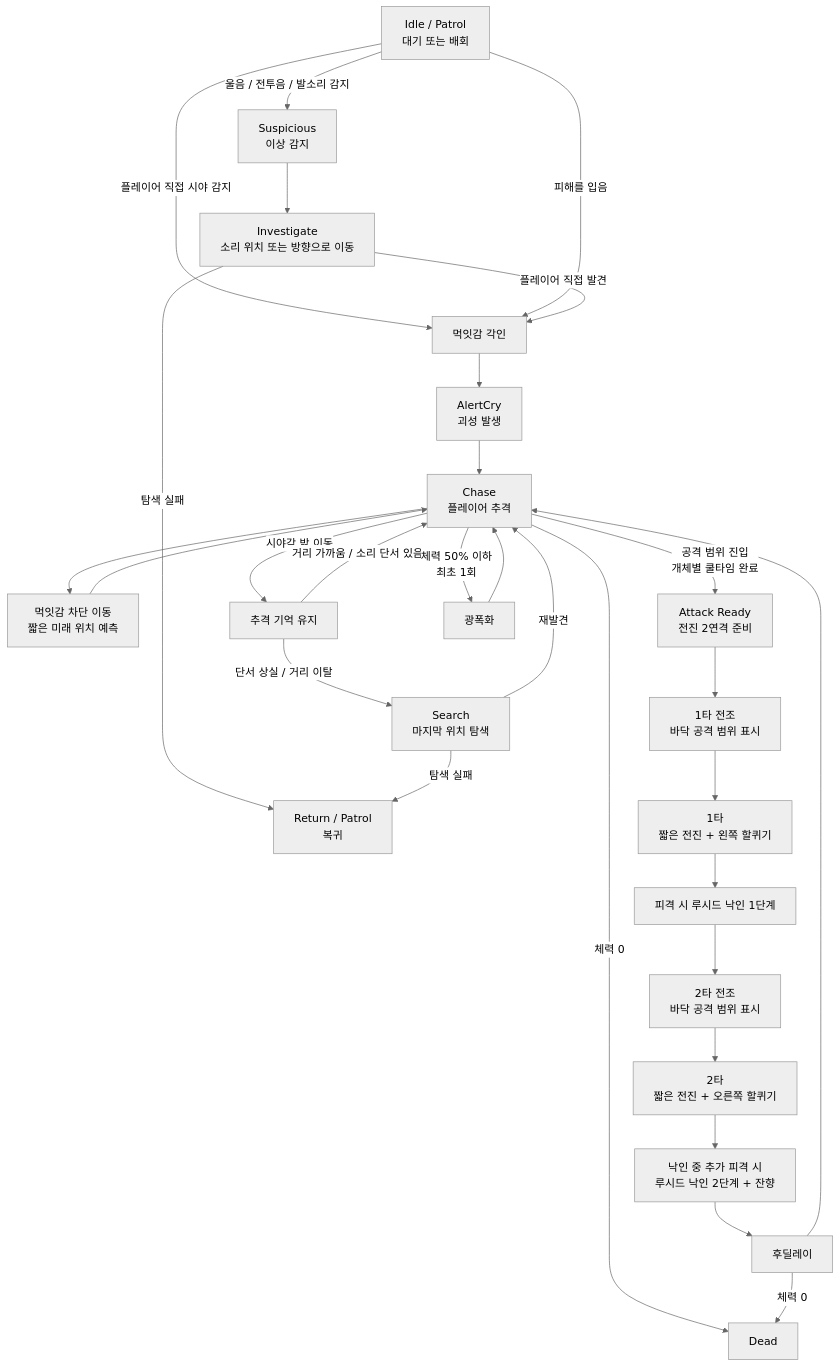
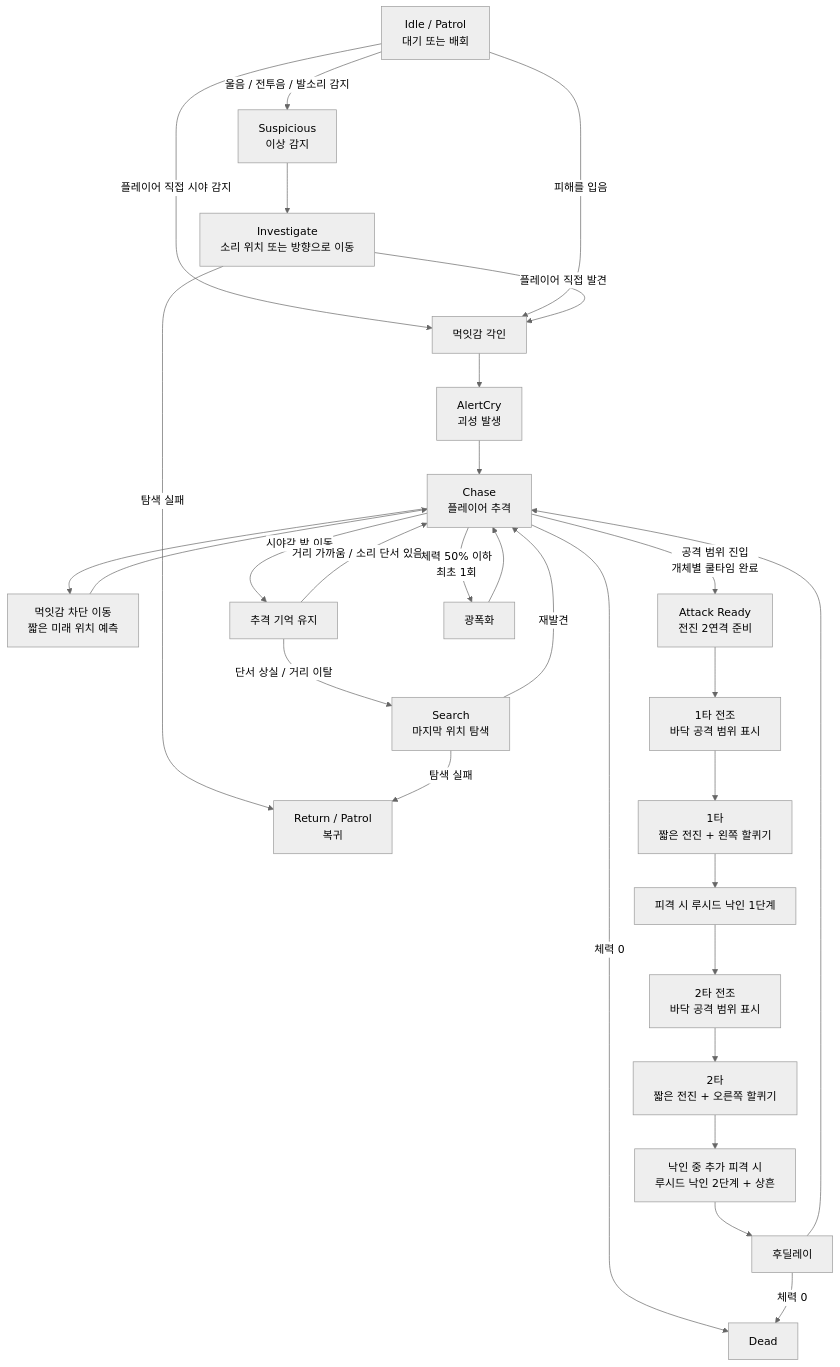
Before and after one commit to Jin-o12/Document_LucidDiver: the diagram in LucidDiver_Document/검수/P0.5_꿈식자_에너미_AI_및_컨셉_기획서_v1.0.0.md, drawn with Mermaid (neutral theme). The commit also changed other lines of this file and 1 other file, not shown here.

Commit message:
docs: 루시드 잔향을 루시드 상흔으로 콘셉트 명칭 변경 및 기획서 수치 갱신

````diff
--- a/LucidDiver_Document/검수/P0.5_꿈식자_에너미_AI_및_컨셉_기획서_v1.0.0.md
+++ b/LucidDiver_Document/검수/P0.5_꿈식자_에너미_AI_및_컨셉_기획서_v1.0.0.md
@@ -47,38 +47,38 @@
 ```mermaid
 flowchart TD
     Idle[Idle / Patrol<br/>대기 또는 배회] -->|플레이어 직접 시야 감지| Mark[먹잇감 각인]
     Idle -->|피해를 입음| Mark
     Idle -->|울음 / 전투음 / 발소리 감지| Suspicious[Suspicious<br/>이상 감지]
 
     Suspicious --> Investigate[Investigate<br/>소리 위치 또는 방향으로 이동]
     Investigate -->|플레이어 직접 발견| Mark
     Investigate -->|탐색 실패| Return[Return / Patrol<br/>복귀]
 
     Mark --> AlertCry[AlertCry<br/>괴성 발생]
     AlertCry --> Chase[Chase<br/>플레이어 추격]
     Chase --> Intercept[먹잇감 차단 이동<br/>짧은 미래 위치 예측]
     Intercept --> Chase
 
     Chase -->|공격 범위 진입<br/>개체별 쿨타임 완료| AttackReady[Attack Ready<br/>전진 2연격 준비]
     Chase -->|시야각 밖 이동| ChaseMemory[추격 기억 유지]
     ChaseMemory -->|거리 가까움 / 소리 단서 있음| Chase
     ChaseMemory -->|단서 상실 / 거리 이탈| Search[Search<br/>마지막 위치 탐색]
 
     Search -->|재발견| Chase
     Search -->|탐색 실패| Return
 
     AttackReady --> FirstTelegraph[1타 전조<br/>바닥 공격 범위 표시]
     FirstTelegraph --> FirstSlash[1타<br/>짧은 전진 + 왼쪽 할퀴기]
     FirstSlash --> LucidMark1[피격 시 루시드 낙인 1단계]
     LucidMark1 --> SecondTelegraph[2타 전조<br/>바닥 공격 범위 표시]
     SecondTelegraph --> SecondSlash[2타<br/>짧은 전진 + 오른쪽 할퀴기]
-    SecondSlash --> LucidMark2[낙인 중 추가 피격 시<br/>루시드 낙인 2단계 + 잔향]
+    SecondSlash --> LucidMark2[낙인 중 추가 피격 시<br/>루시드 낙인 2단계 + 상흔]
     LucidMark2 --> Recovery[후딜레이]
     Recovery --> Chase
 
     Chase -->|체력 50% 이하<br/>최초 1회| Berserk[광폭화]
     Berserk --> Chase
 
     Chase -->|체력 0| Dead[Dead]
     Recovery -->|체력 0| Dead
 ```
````
